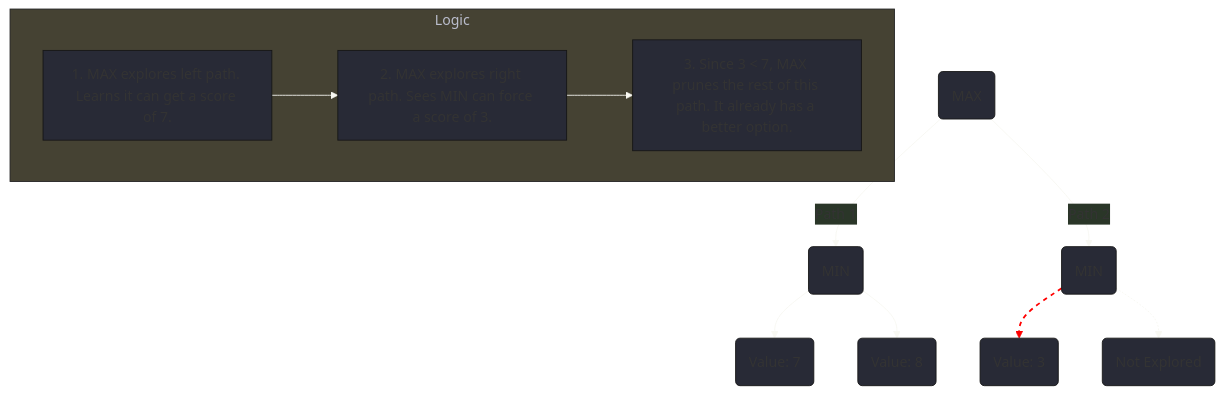
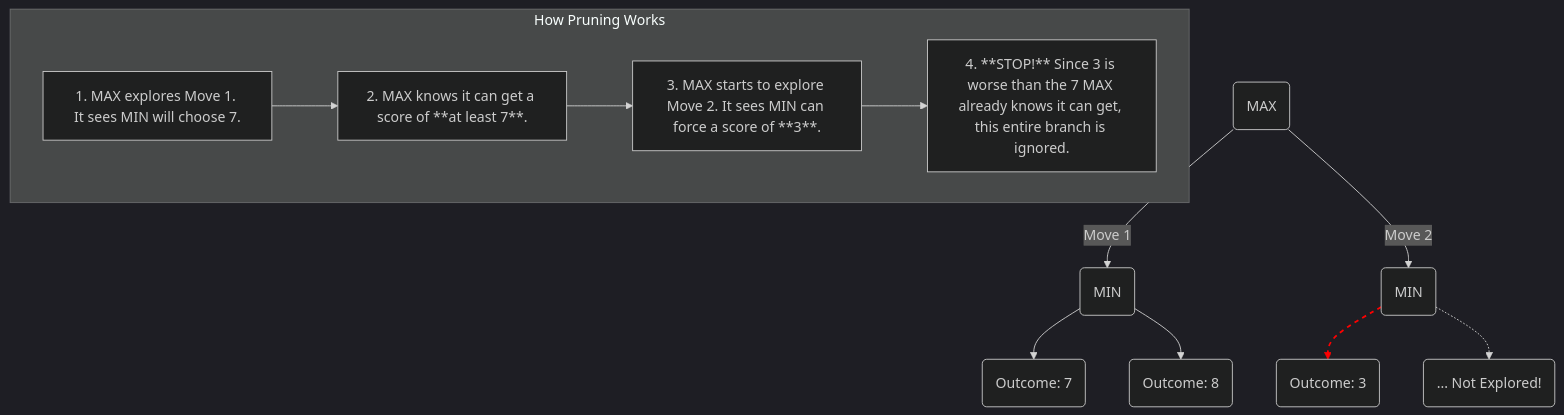
The fifth of 5 diagrams in _posts/2025-08-08-ai-search-algorithms-a-z.md (eltay89/eltay89.github.io), drawn with Mermaid before and after one commit. The commit also changed other lines of this file, not shown here.

````diff
--- a/_posts/2025-08-08-ai-search-algorithms-a-z.md
+++ b/_posts/2025-08-08-ai-search-algorithms-a-z.md
@@ -229,19 +158,20 @@
 ```mermaid
-%%{ init: { 'theme': 'base', 'themeVariables': { 'primaryColor': '#282a36', 'lineColor': '#f8f8f2', 'textColor': '#f8f8f2' } } }%%
+%%{ init: { 'theme': 'dark' } }%%
 graph TD
-    A("MAX") -- "Path 1" --> B("MIN");
-    A -- "Path 2" --> C("MIN");
+    A("MAX") -- "Move 1" --> B("MIN");
+    A -- "Move 2" --> C("MIN");
     
-    B --> D("Value: 7");
-    B --> E("Value: 8");
+    B --> D("Outcome: 7");
+    B --> E("Outcome: 8");
     
-    C --> F("Value: 3");
-    C -.-> G("Not Explored");
+    C --> F("Outcome: 3");
+    C -.-> G("... Not Explored!");
 
-    subgraph "Logic"
-        L1["1. MAX explores left path. Learns it can get a score of 7."] -->
-        L2["2. MAX explores right path. Sees MIN can force a score of 3."] -->
-        L3["3. Since 3 < 7, MAX prunes the rest of this path. It already has a better option."]
+    subgraph "How Pruning Works"
+        L1["1. MAX explores Move 1. It sees MIN will choose 7."] -->
+        L2["2. MAX knows it can get a score of **at least 7**."] -->
+        L3["3. MAX starts to explore Move 2. It sees MIN can force a score of **3**."] -->
+        L4["4. **STOP!** Since 3 is worse than the 7 MAX already knows it can get, this entire branch is ignored."]
     end
     linkStyle 4 stroke-width:2px,stroke-dasharray: 5 5,stroke:red;
 ```
````
